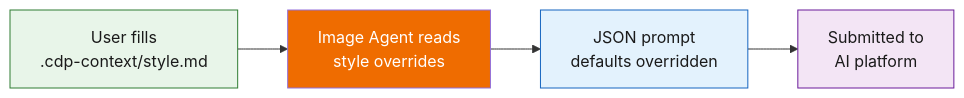
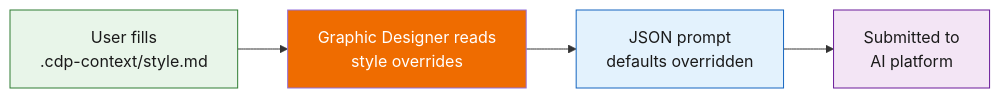
One commit to apatheticus/corporate-decision-panel changed the sixth of 8 diagrams in README.md. Above: the diagram before and after it, drawn with Mermaid. The commit also changed other lines of this file and 18 other files, not shown here.

````diff
--- a/README.md
+++ b/README.md
@@ -542,14 +542,14 @@
 ```mermaid
 flowchart LR
     User["User fills\n.cdp-context/style.md"]
-    IA["Image Agent reads\nstyle overrides"]
+    IA["Graphic Designer reads\nstyle overrides"]
     JSON["JSON prompt\ndefaults overridden"]
     AI["Submitted to\nAI platform"]
 
     User --> IA --> JSON --> AI
 
     style User fill:#e8f5e9,stroke:#2e7d32,color:#1a1a1a
     style IA fill:#ef6c00,color:#fff
     style JSON fill:#e3f2fd,stroke:#1565c0,color:#1a1a1a
     style AI fill:#f3e5f5,stroke:#6a1b9a,color:#1a1a1a
 ```
````
